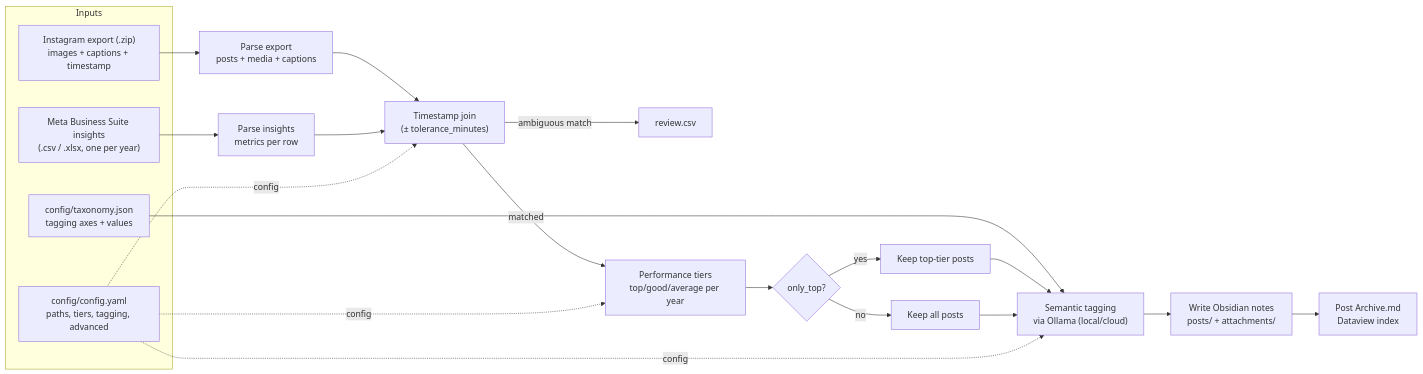
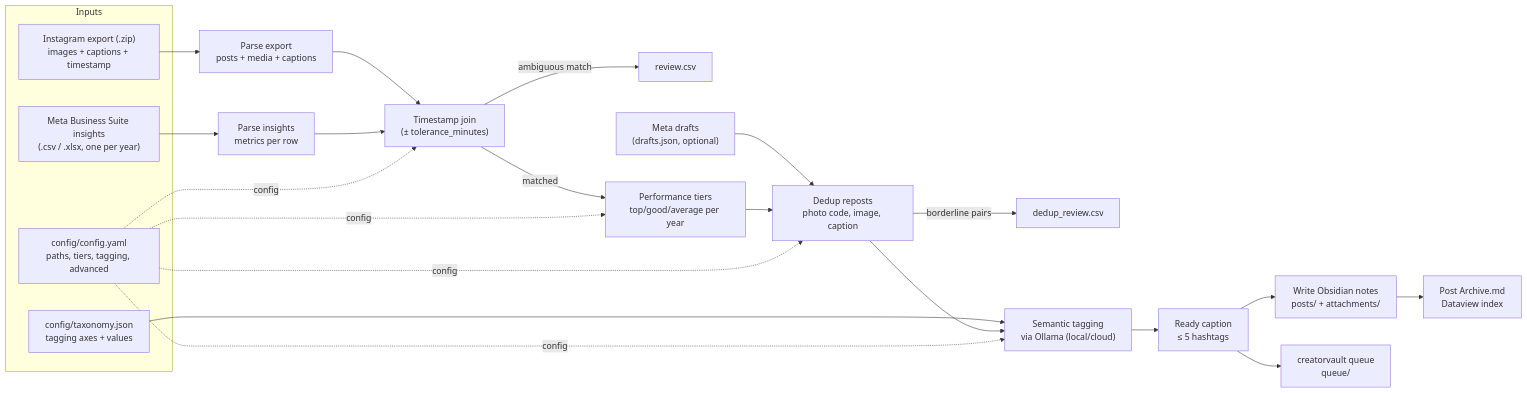
The diagram in README.md (GiulioRusso/creatorvault), drawn with Mermaid before and after one commit. The commit also changed other lines of this file and 2 other files, not shown here.

````diff
--- a/README.md
+++ b/README.md
@@ -95,28 +126,30 @@
 ```mermaid
 flowchart LR
     subgraph Inputs
         A["Instagram export (.zip)\nimages + captions + timestamp"]
         B["Meta Business Suite insights\n(.csv / .xlsx, one per year)"]
         C["config/taxonomy.json\ntagging axes + values"]
         D["config/config.yaml\npaths, tiers, tagging, advanced"]
     end
 
     A --> E["Parse export\nposts + media + captions"]
     B --> F["Parse insights\nmetrics per row"]
     E --> G["Timestamp join\n(± tolerance_minutes)"]
     F --> G
     G -->|ambiguous match| H["review.csv"]
     G -->|matched| I["Performance tiers\ntop/good/average per year"]
-    I --> J{"only_top?"}
-    J -->|yes| K["Keep top-tier posts"]
-    J -->|no| L["Keep all posts"]
+    P["Meta drafts\n(drafts.json, optional)"] --> Q
+    I --> Q["Dedup reposts\nphoto code, image, caption"]
+    Q -->|borderline pairs| R["dedup_review.csv"]
     C --> M["Semantic tagging\nvia Ollama (local/cloud)"]
-    K --> M
-    L --> M
-    M --> N["Write Obsidian notes\nposts/ + attachments/"]
+    Q --> M
+    M --> S["Ready caption\n≤ 5 hashtags"]
+    S --> N["Write Obsidian notes\nposts/ + attachments/"]
     N --> O["Post Archive.md\nDataview index"]
+    S --> T["creatorvault queue\nqueue/"]
 
     D -.config.-> G
     D -.config.-> I
+    D -.config.-> Q
     D -.config.-> M
 ```
````
